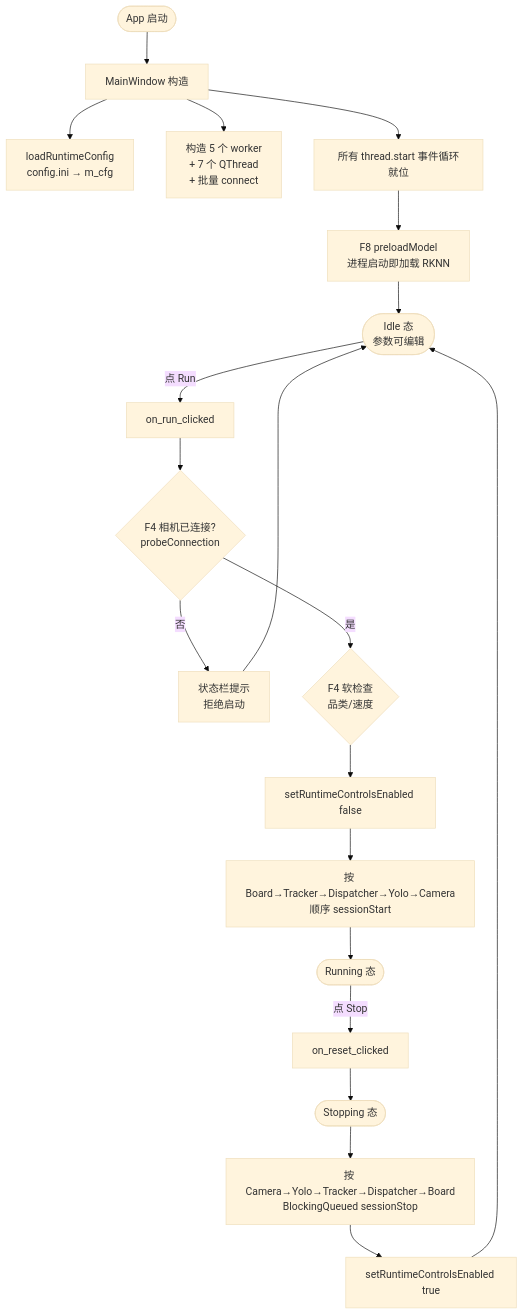
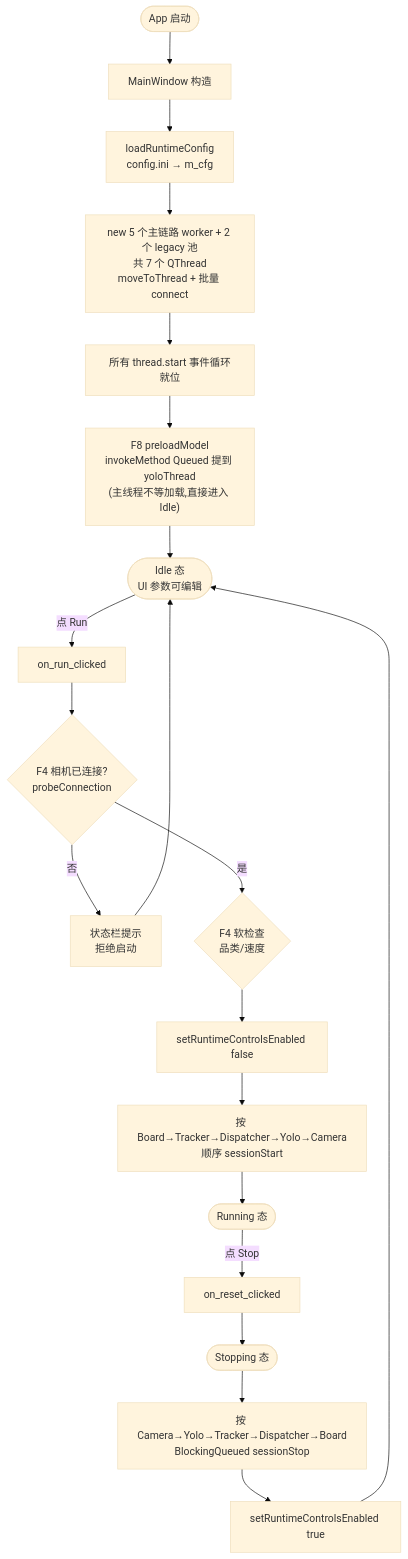
One commit to XiChYo/QINGLV changed the third of 24 diagrams in docs/architecture.md. Above: the diagram before and after it, drawn with Mermaid (base theme). The commit also changed other lines of this file and 3 other files, not shown here.

````diff
--- a/docs/architecture.md
+++ b/docs/architecture.md
@@ -210,23 +223,23 @@
 ```mermaid
 flowchart TD
     Start([App 启动]) --> Ctor[MainWindow 构造]
     Ctor --> Load[loadRuntimeConfig<br/>config.ini → m_cfg]
-    Ctor --> Build[构造 5 个 worker<br/>+ 7 个 QThread<br/>+ 批量 connect]
-    Ctor --> ThreadsStart[所有 thread.start 事件循环就位]
-    ThreadsStart --> Preload[F8 preloadModel<br/>进程启动即加载 RKNN]
-    Preload --> Idle([Idle 态<br/>参数可编辑])
+    Load --> Build[new 5 个主链路 worker + 2 个 legacy 池<br/>共 7 个 QThread<br/>moveToThread + 批量 connect]
+    Build --> ThreadsStart[所有 thread.start 事件循环就位]
+    ThreadsStart --> Preload["F8 preloadModel<br/>invokeMethod Queued 提到 yoloThread<br/>(主线程不等加载,直接进入 Idle)"]
+    Preload --> Idle([Idle 态<br/>UI 参数可编辑])
 
     Idle -- 点 Run --> RunClk[on_run_clicked]
     RunClk --> Chk1{F4 相机已连接?<br/>probeConnection}
     Chk1 -- 否 --> Warn1[状态栏提示<br/>拒绝启动] --> Idle
     Chk1 -- 是 --> Chk2{F4 软检查<br/>品类/速度}
     Chk2 --> LockUI[setRuntimeControlsEnabled false]
     LockUI --> Dispatch5[按 Board→Tracker→Dispatcher→Yolo→Camera<br/>顺序 sessionStart]
     Dispatch5 --> Running([Running 态])
 
     Running -- 点 Stop --> StopClk[on_reset_clicked]
     StopClk --> Stopping([Stopping 态])
     Stopping --> RevDispatch[按 Camera→Yolo→Tracker→Dispatcher→Board<br/>BlockingQueued sessionStop]
     RevDispatch --> UnlockUI[setRuntimeControlsEnabled true]
     UnlockUI --> Idle
 ```
````
